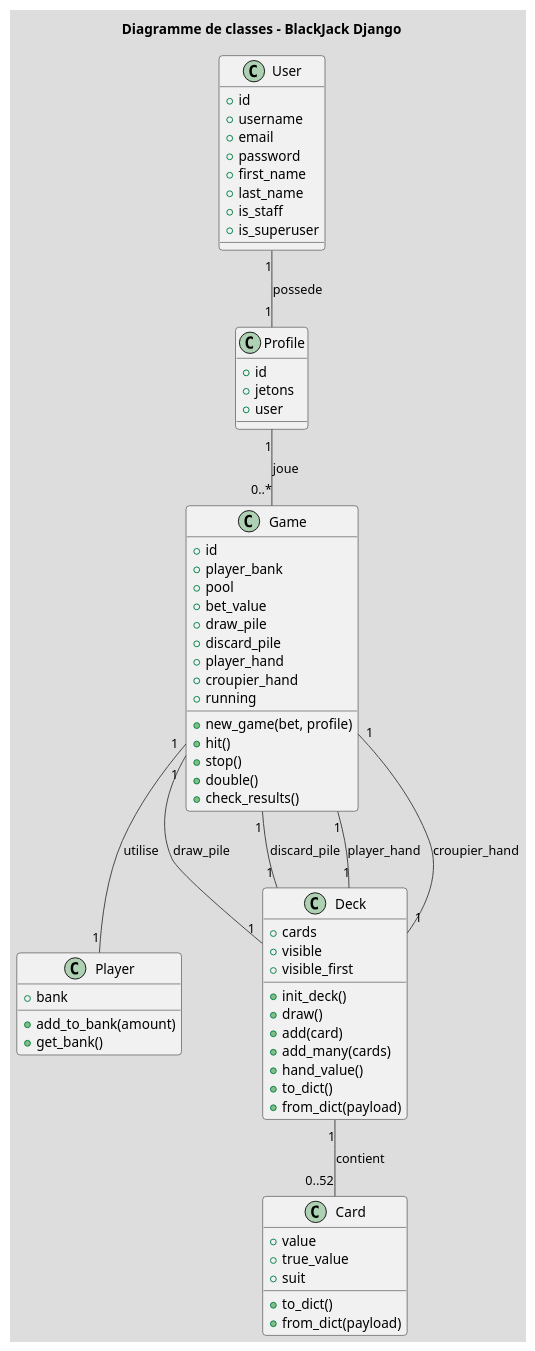
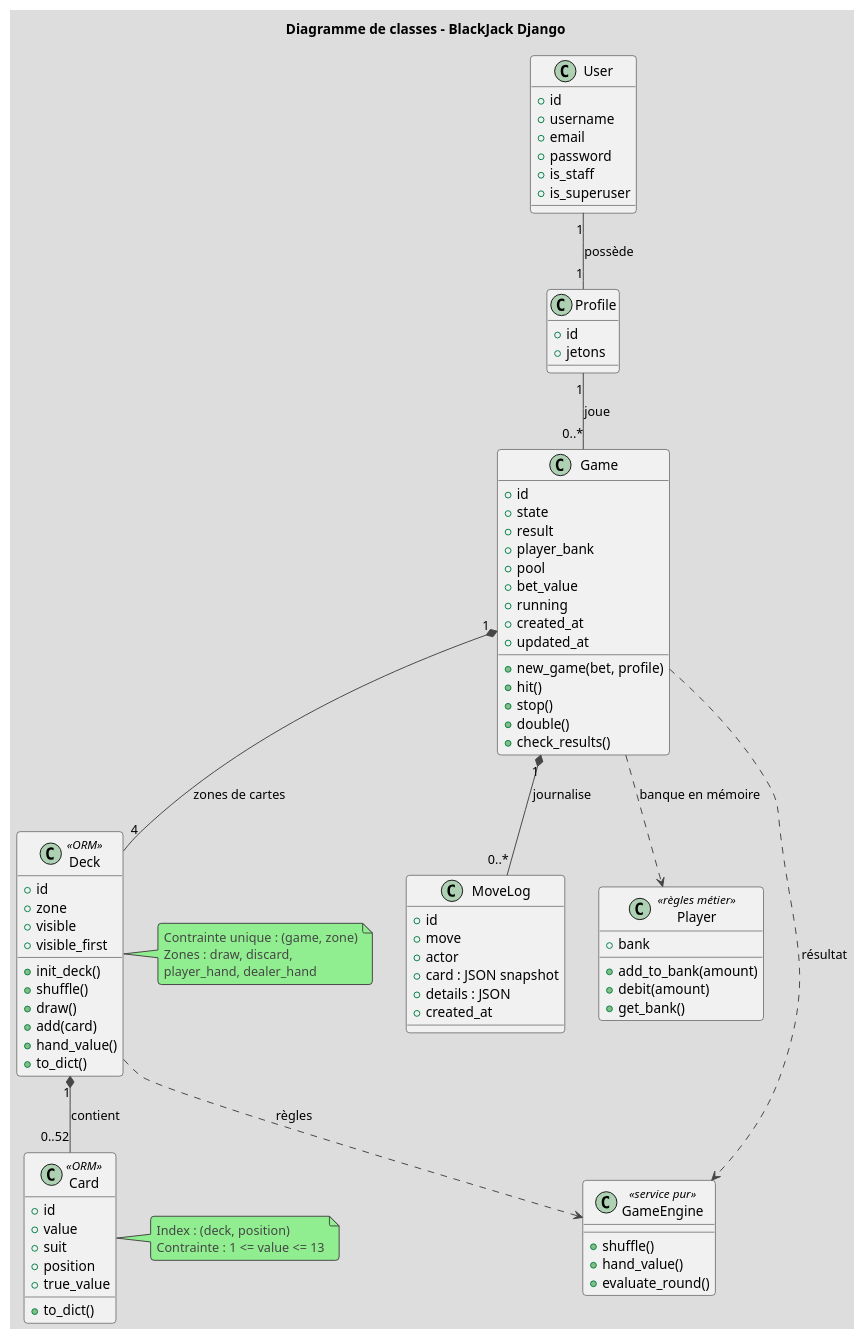
Before and after one commit to RAYWINN43/projet_django_CARD: the diagram in classe.puml, drawn with PlantUML. The commit also changed 8 other files, not shown here.

```diff
--- a/classe.puml
+++ b/classe.puml
@@ -1,75 +1,100 @@
 @startuml
 !theme toy
 title Diagramme de classes - BlackJack Django
 
 class User {
   +id
   +username
   +email
   +password
-  +first_name
-  +last_name
   +is_staff
   +is_superuser
 }
 
 class Profile {
   +id
   +jetons
-  +user
 }
 
 class Game {
   +id
+  +state
+  +result
   +player_bank
   +pool
   +bet_value
-  +draw_pile
-  +discard_pile
-  +player_hand
-  +croupier_hand
   +running
+  +created_at
+  +updated_at
   +new_game(bet, profile)
   +hit()
   +stop()
   +double()
   +check_results()
 }
 
-class Player {
+class Deck <<ORM>> {
+  +id
+  +zone
+  +visible
+  +visible_first
+  +init_deck()
+  +shuffle()
+  +draw()
+  +add(card)
+  +hand_value()
+  +to_dict()
+}
+
+class Card <<ORM>> {
+  +id
+  +value
+  +suit
+  +position
+  +true_value
+  +to_dict()
+}
+
+class MoveLog {
+  +id
+  +move
+  +actor
+  +card : JSON snapshot
+  +details : JSON
+  +created_at
+}
+
+class Player <<règles métier>> {
   +bank
   +add_to_bank(amount)
+  +debit(amount)
   +get_bank()
 }
 
-class Deck {
-  +cards
-  +visible
-  +visible_first
-  +init_deck()
-  +draw()
-  +add(card)
-  +add_many(cards)
+class GameEngine <<service pur>> {
+  +shuffle()
   +hand_value()
-  +to_dict()
-  +from_dict(payload)
+  +evaluate_round()
 }
 
-class Card {
-  +value
-  +true_value
-  +suit
-  +to_dict()
-  +from_dict(payload)
-}
+User "1" -- "1" Profile : possède
+Profile "1" -- "0..*" Game : joue
+Game "1" *-- "4" Deck : zones de cartes
+Deck "1" *-- "0..52" Card : contient
+Game "1" *-- "0..*" MoveLog : journalise
+Game ..> Player : banque en mémoire
+Deck ..> GameEngine : règles
+Game ..> GameEngine : résultat
 
-User "1" -- "1" Profile : possede
-Profile "1" -- "0..*" Game : joue
-Game "1" -- "1" Player : utilise
-Game "1" -- "1" Deck : draw_pile
-Game "1" -- "1" Deck : discard_pile
-Game "1" -- "1" Deck : player_hand
-Game "1" -- "1" Deck : croupier_hand
-Deck "1" -- "0..52" Card : contient
+note right of Deck
+  Contrainte unique : (game, zone)
+  Zones : draw, discard,
+  player_hand, dealer_hand
+end note
+
+note right of Card
+  Index : (deck, position)
+  Contrainte : 1 <= value <= 13
+end note
 
 @enduml
```
